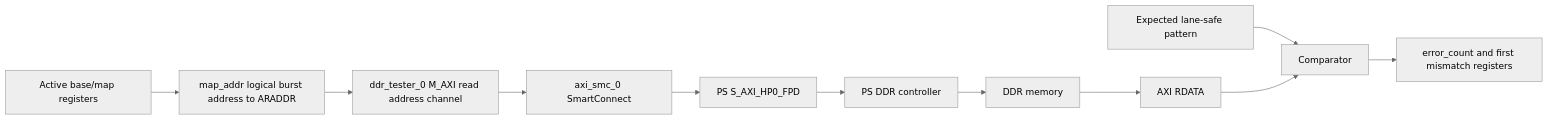
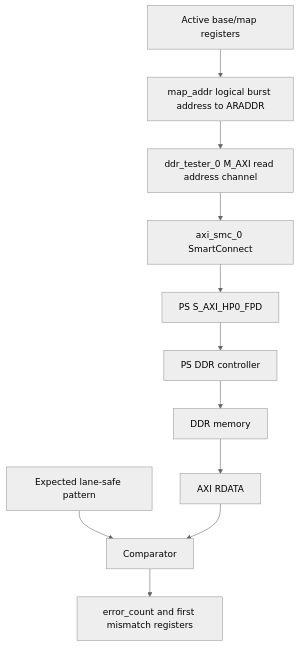
The seventh of 9 diagrams in README.md (RESBI/ZU4EV-PL-to-PS-DDR-TEST), drawn with Mermaid (neutral theme) before and after one commit. The commit also changed other lines of this file, not shown here.

Commit message:
Use vertical AXI data path diagrams

````diff
--- a/README.md
+++ b/README.md
@@ -468,13 +468,13 @@
 ```mermaid
-flowchart LR
+flowchart TB
     Active[Active base/map registers] --> Addr[map_addr logical burst address to ARADDR]
     Addr --> Master[ddr_tester_0 M_AXI read address channel]
     Master --> Smc[axi_smc_0 SmartConnect]
     Smc --> Hp[PS S_AXI_HP0_FPD]
     Hp --> Ctrl[PS DDR controller]
     Ctrl --> Ddr[DDR memory]
     Ddr --> RData[AXI RDATA]
     Pattern[Expected lane-safe pattern] --> Compare[Comparator]
     RData --> Compare
     Compare --> Errors[error_count and first mismatch registers]
 ```
````
